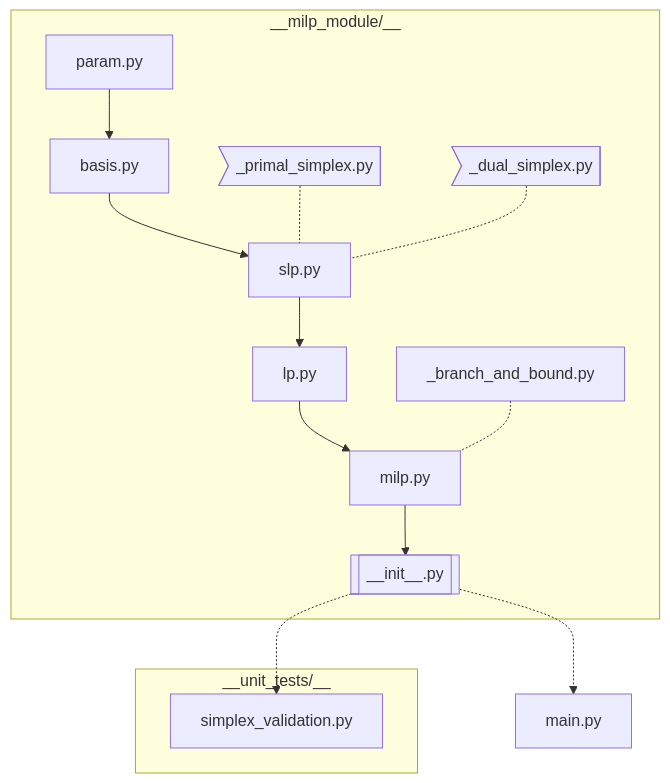
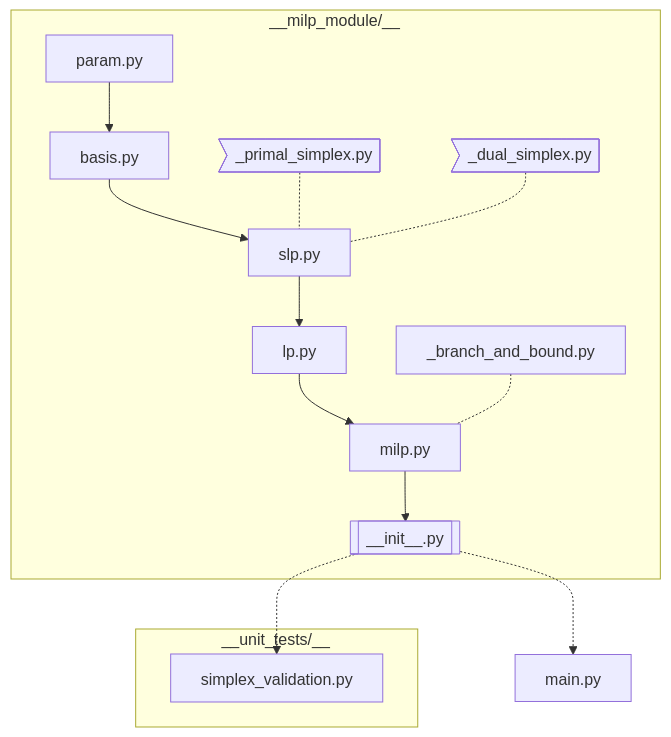
One commit to JeanPousset/MILP_solver changed the first of 2 diagrams in README.md. Above: the diagram before and after it, drawn with Mermaid. The commit also changed other lines of this file, not shown here.

Commit message:
check readme changes 3

````diff
--- a/README.md
+++ b/README.md
@@ -7,21 +7,25 @@
 ```mermaid
+---
+config:
+  htmlLabels: false
+---
 graph TD; 
   subgraph __milp_module/__
     P[param.py] --> B[basis.py]
     PS>_primal_simplex.py]
     DS>_dual_simplex.py]
     B --> S[slp.py]
     PS -.- S
     DS -.- S
     S --> F[lp.py]
     F --> MILP[milp.py]
     BB[_branch_and_bound.py] -.- MILP
     MILP --> I[[__init__.py]]
     
   end
   I -.-> M[main.py]
   subgraph __unit_tests/__
     V[simplex_validation.py]
   end
   I -.-> V
 ```
````
